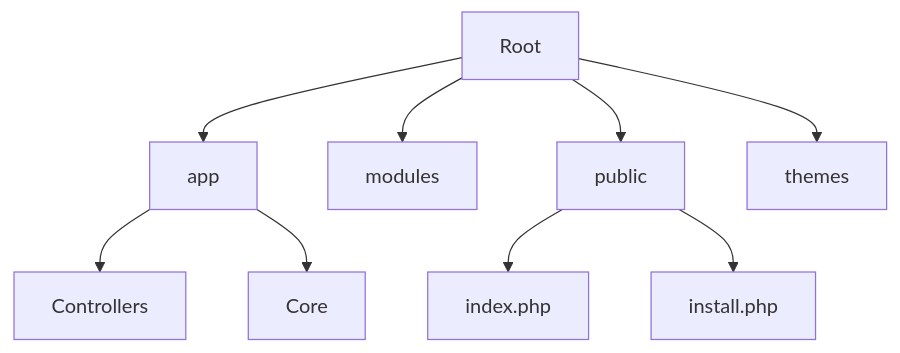
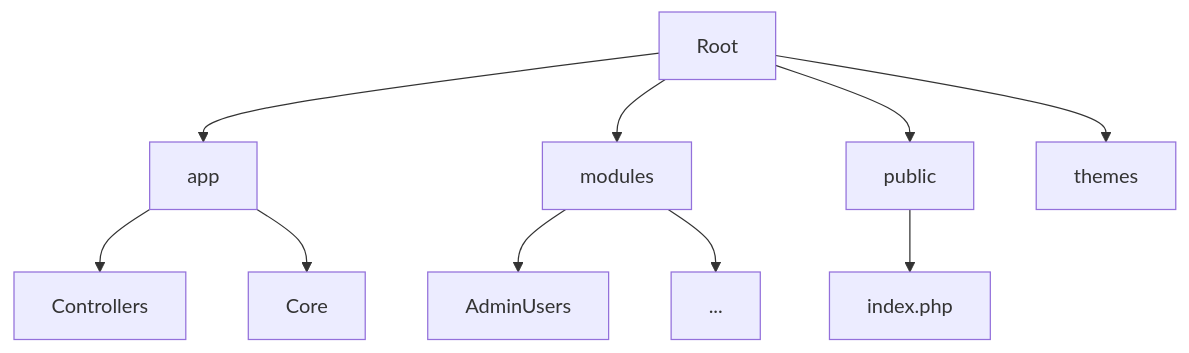
Before and after one commit to bastivanconsulting/CSHC_WEB: the diagram in README.md, drawn with Mermaid. The commit also changed other lines of this file and 1 other file, not shown here.

````diff
--- a/README.md
+++ b/README.md
@@ -28,11 +31,12 @@
 ```mermaid
 graph TD;
     Root-->app;
     Root-->modules;
     Root-->public;
     Root-->themes;
     app-->Controllers;
     app-->Core;
+    modules-->AdminUsers;
+    modules-->...;
     public-->index.php;
-    public-->install.php;
 ```
````
